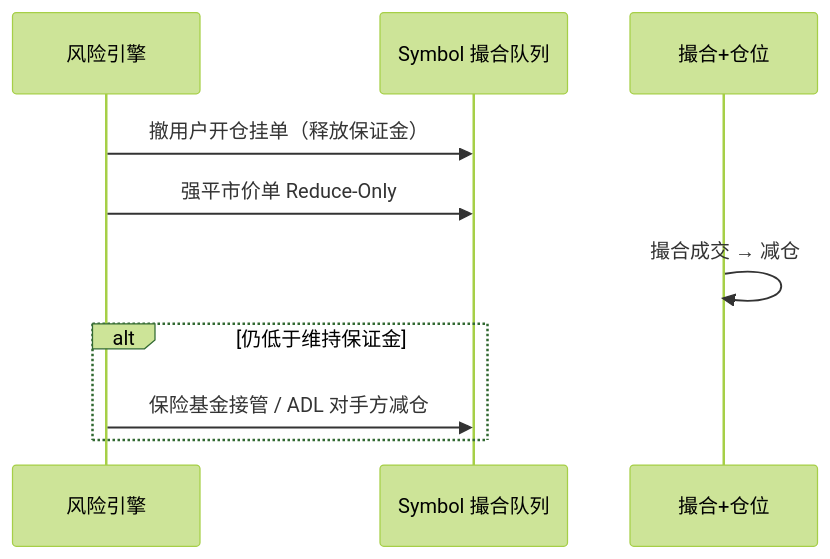
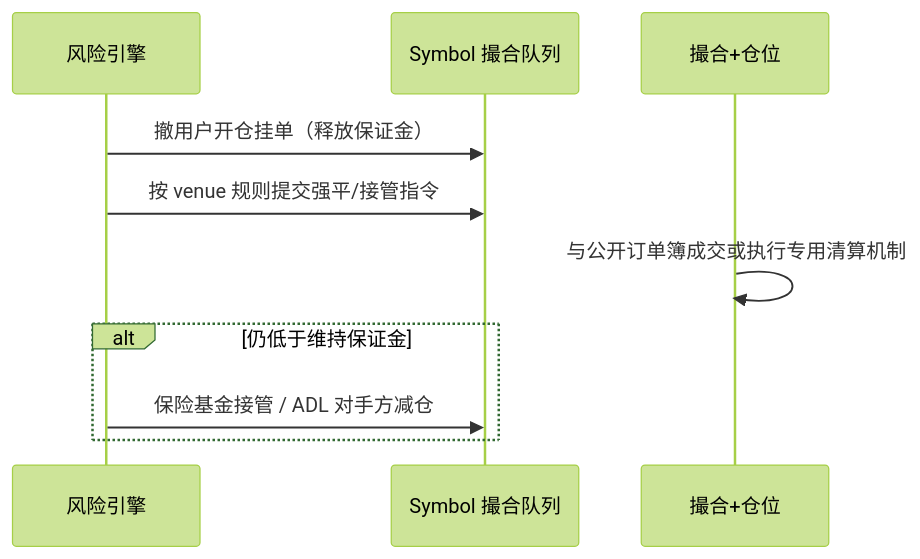
Before and after one commit to twodog-tt/Golang-development-manual: the second of 3 diagrams in docs/interview/14-dex-cex-engineering/S-EXCH-16-perpetual-matching-position.md, drawn with Mermaid (forest theme). The commit also changed other lines of this file and 438 other files, not shown here.

````diff
--- a/docs/interview/14-dex-cex-engineering/S-EXCH-16-perpetual-matching-position.md
+++ b/docs/interview/14-dex-cex-engineering/S-EXCH-16-perpetual-matching-position.md
@@ -160,12 +192,12 @@
 ```mermaid
 sequenceDiagram
   participant R as 风险引擎
   participant Q as Symbol 撮合队列
   participant ME as 撮合+仓位
   R->>Q: 撤用户开仓挂单（释放保证金）
-  R->>Q: 强平市价单 Reduce-Only
-  ME->>ME: 撮合成交 → 减仓
+  R->>Q: 按 venue 规则提交强平/接管指令
+  ME->>ME: 与公开订单簿成交或执行专用清算机制
   alt 仍低于维持保证金
     R->>Q: 保险基金接管 / ADL 对手方减仓
   end
 ```
````
